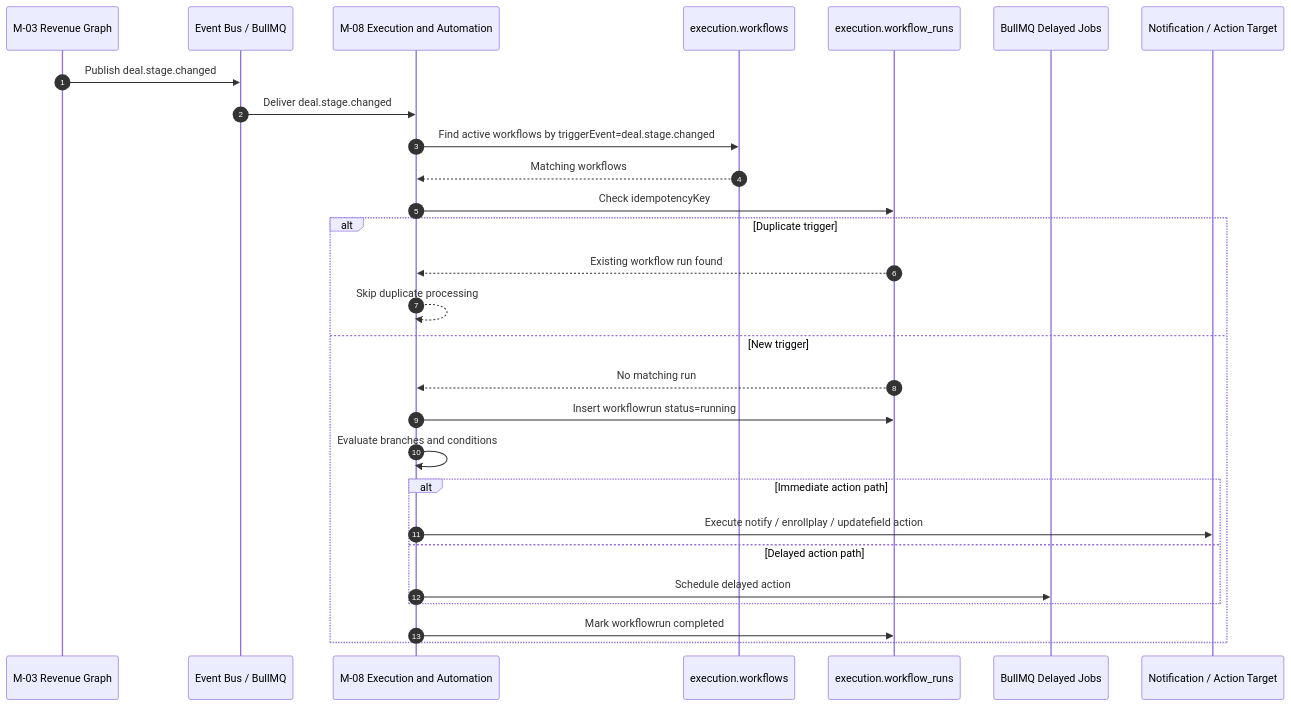
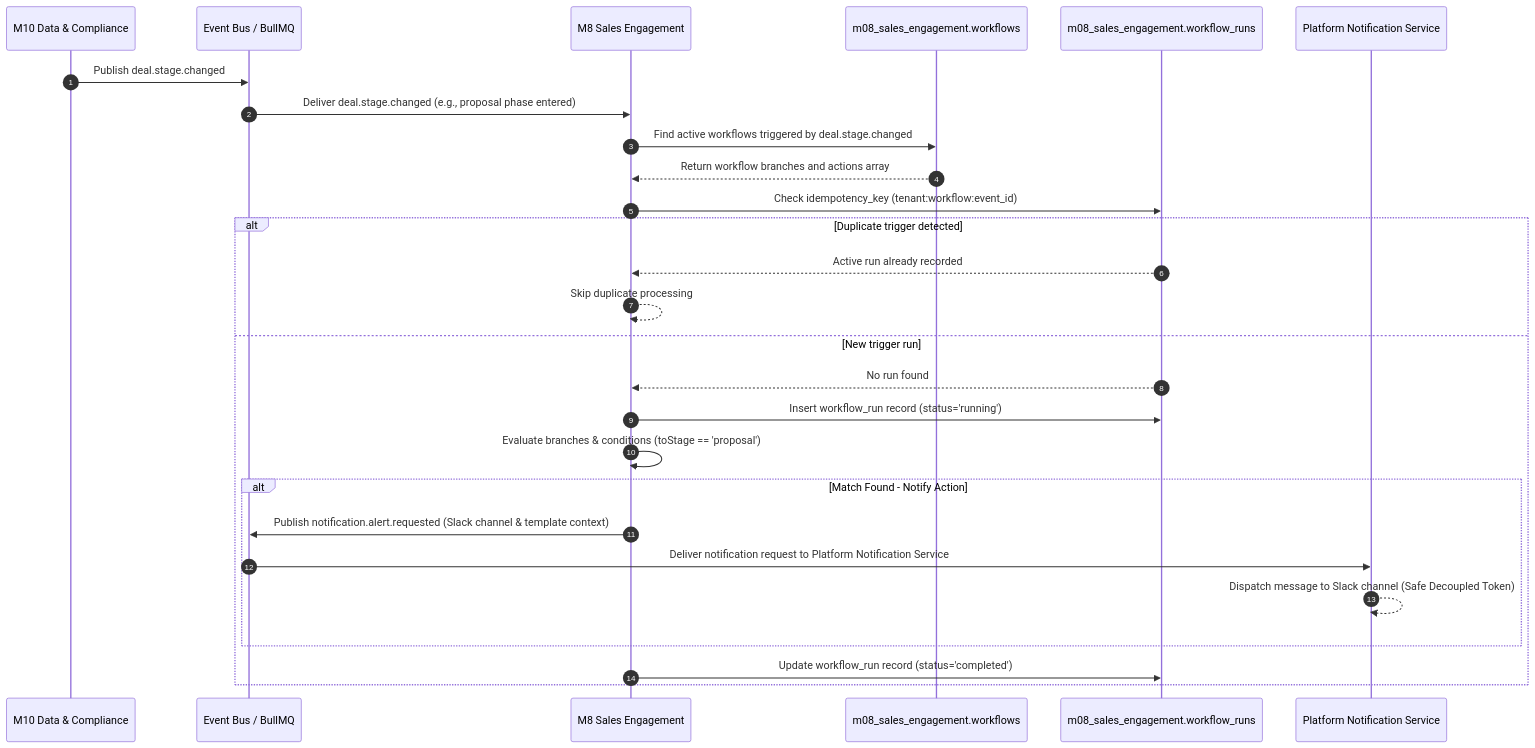
One commit to PoojaTiwari09/FB-and-RP-Fixes changed the fourth of 5 diagrams in Reference documents/M8 Sales Engagement/Sequence Diagrams M8 flows.md. Above: the diagram before and after it, drawn with Mermaid. The commit also changed other lines of this file and 79 other files, not shown here.

````diff
--- a/Reference documents/M8 Sales Engagement/Sequence Diagrams M8 flows.md
+++ b/Reference documents/M8 Sales Engagement/Sequence Diagrams M8 flows.md
@@ -155,31 +132,30 @@
 ```mermaid
 sequenceDiagram
     autonumber
-    participant M03 as M-03 Revenue Graph
+    participant M10 as M10 Data & Compliance
     participant BUS as Event Bus / BullMQ
-    participant M08 as M-08 Execution and Automation
-    participant WF as execution.workflows
-    participant RUN as execution.workflow_runs
-    participant JOB as BullMQ Delayed Jobs
-    participant OUT as Notification / Action Target
+    participant M8 as M8 Sales Engagement
+    participant WF as m08_sales_engagement.workflows
+    participant WR as m08_sales_engagement.workflow_runs
+    participant PNS as Platform Notification Service
 
-    M03->>BUS: Publish deal.stage.changed
-    BUS->>M08: Deliver deal.stage.changed
-    M08->>WF: Find active workflows by triggerEvent=deal.stage.changed
-    WF-->>M08: Matching workflows
-    M08->>RUN: Check idempotencyKey
-    alt Duplicate trigger
-        RUN-->>M08: Existing workflow run found
-        M08-->>M08: Skip duplicate processing
-    else New trigger
-        RUN-->>M08: No matching run
-        M08->>RUN: Insert workflowrun status=running
-        M08->>M08: Evaluate branches and conditions
-        alt Immediate action path
-            M08->>OUT: Execute notify / enrollplay / updatefield action
-        else Delayed action path
-            M08->>JOB: Schedule delayed action
+    M10->>BUS: Publish deal.stage.changed
+    BUS->>M8: Deliver deal.stage.changed (e.g., proposal phase entered)
+    M8->>WF: Find active workflows triggered by deal.stage.changed
+    WF-->>M8: Return workflow branches and actions array
+    M8->>WR: Check idempotency_key (tenant:workflow:event_id)
+    alt Duplicate trigger detected
+        WR-->>M8: Active run already recorded
+        M8-->>M8: Skip duplicate processing
+    else New trigger run
+        WR-->>M8: No run found
+        M8->>WR: Insert workflow_run record (status='running')
+        M8->>M8: Evaluate branches & conditions (toStage == 'proposal')
+        alt Match Found - Notify Action
+            M8->>BUS: Publish notification.alert.requested (Slack channel & template context)
+            BUS->>PNS: Deliver notification request to Platform Notification Service
+            PNS-->>PNS: Dispatch message to Slack channel (Safe Decoupled Token)
         end
-        M08->>RUN: Mark workflowrun completed
+        M8->>WR: Update workflow_run record (status='completed')
     end
 ```
````
